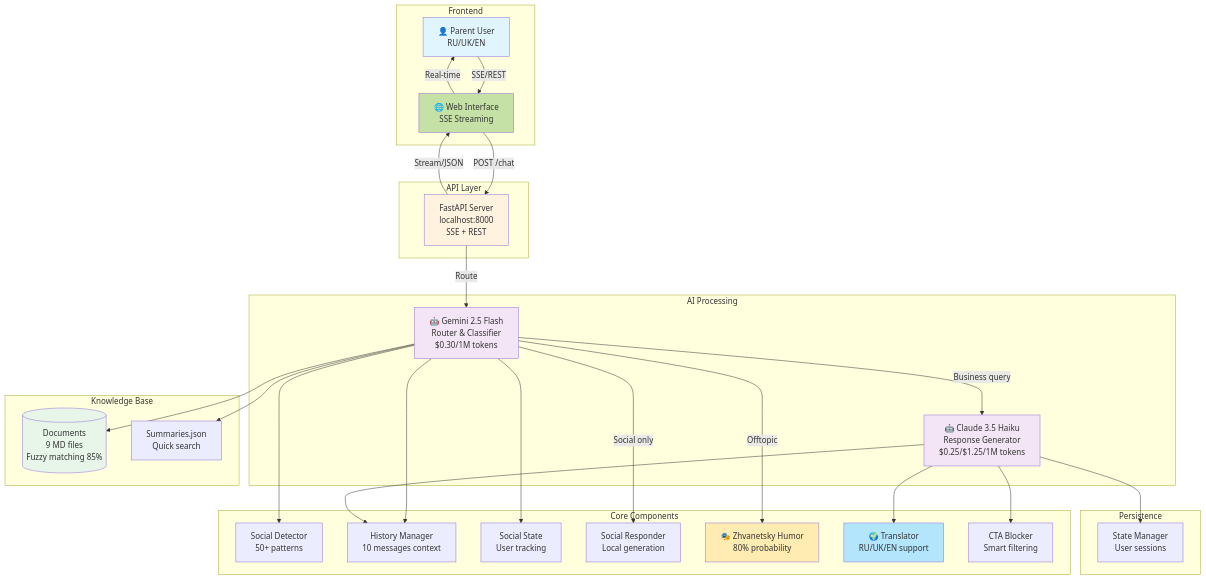
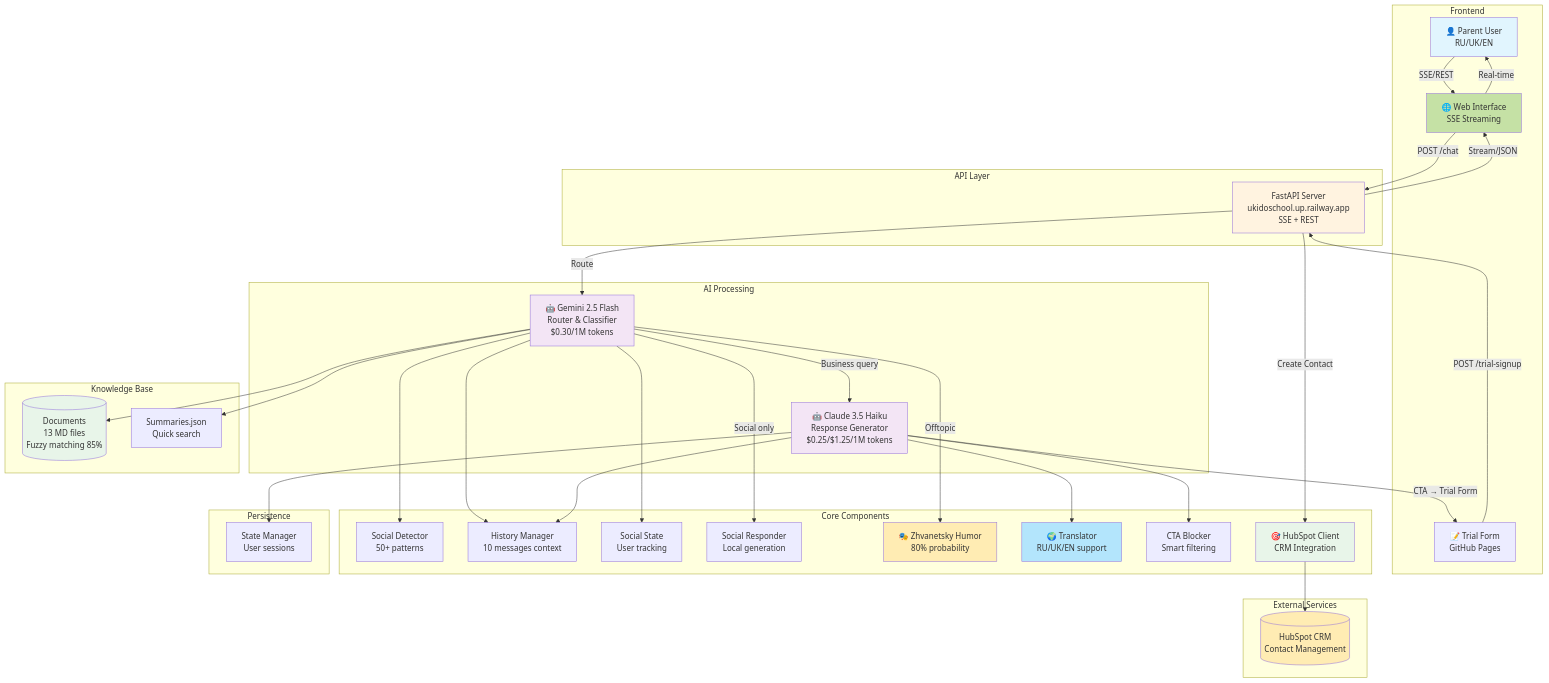
The first of 5 diagrams in README.md (shao3d/Ukido_DynContInj), drawn with Mermaid before and after one commit. The commit also changed other lines of this file, not shown here.

First line of the commit message:
docs: Обновление README.md до v0.17.0 с HubSpot CRM интеграцией

````diff
--- a/README.md
+++ b/README.md
@@ -31,66 +34,80 @@
 ```mermaid
 graph TB
     subgraph "Frontend"
         U[👤 Parent User<br/>RU/UK/EN]
         W[🌐 Web Interface<br/>SSE Streaming]
+        TF[📝 Trial Form<br/>GitHub Pages]
     end
-    
+
     subgraph "API Layer"
-        API[FastAPI Server<br/>localhost:8000<br/>SSE + REST]
+        API[FastAPI Server<br/>ukidoschool.up.railway.app<br/>SSE + REST]
     end
-    
+
     subgraph "AI Processing"
         R[🤖 Gemini 2.5 Flash<br/>Router & Classifier<br/>$0.30/1M tokens]
         G[🤖 Claude 3.5 Haiku<br/>Response Generator<br/>$0.25/$1.25/1M tokens]
     end
-    
+
     subgraph "Core Components"
         SD[Social Detector<br/>50+ patterns]
         HM[History Manager<br/>10 messages context]
         SS[Social State<br/>User tracking]
         SR[Social Responder<br/>Local generation]
         ZH[🎭 Zhvanetsky Humor<br/>80% probability]
         TR[🌍 Translator<br/>RU/UK/EN support]
         CB[CTA Blocker<br/>Smart filtering]
+        HS[🎯 HubSpot Client<br/>CRM Integration]
     end
-    
+
     subgraph "Knowledge Base"
-        KB[(Documents<br/>9 MD files<br/>Fuzzy matching 85%)]
+        KB[(Documents<br/>13 MD files<br/>Fuzzy matching 85%)]
         SM[Summaries.json<br/>Quick search]
     end
-    
+
     subgraph "Persistence"
         PM[State Manager<br/>User sessions]
     end
-    
+
+    subgraph "External Services"
+        HB[(HubSpot CRM<br/>Contact Management)]
+    end
+
     U -->|SSE/REST| W
     W -->|POST /chat| API
+    TF -->|POST /trial-signup| API
     API -->|Route| R
-    
+
     R --> SD
     R --> HM
     R --> SS
     R --> KB
     R --> SM
-    
+
     R -->|Business query| G
     R -->|Social only| SR
     R -->|Offtopic| ZH
-    
+
     G --> HM
     G --> TR
     G --> CB
     G --> PM
-    
+
+    API -->|Create Contact| HS
+    HS --> HB
+
     API -->|Stream/JSON| W
     W -->|Real-time| U
+    G -->|CTA → Trial Form| TF
+
+    style HB fill:#ffecb3
+    style HS fill:#e8f5e9
     
     style U fill:#e1f5fe
     style W fill:#c5e1a5
     style API fill:#fff3e0
     style R fill:#f3e5f5
     style G fill:#f3e5f5
     style KB fill:#e8f5e9
     style ZH fill:#ffecb3
     style TR fill:#b3e5fc
 ```
````
